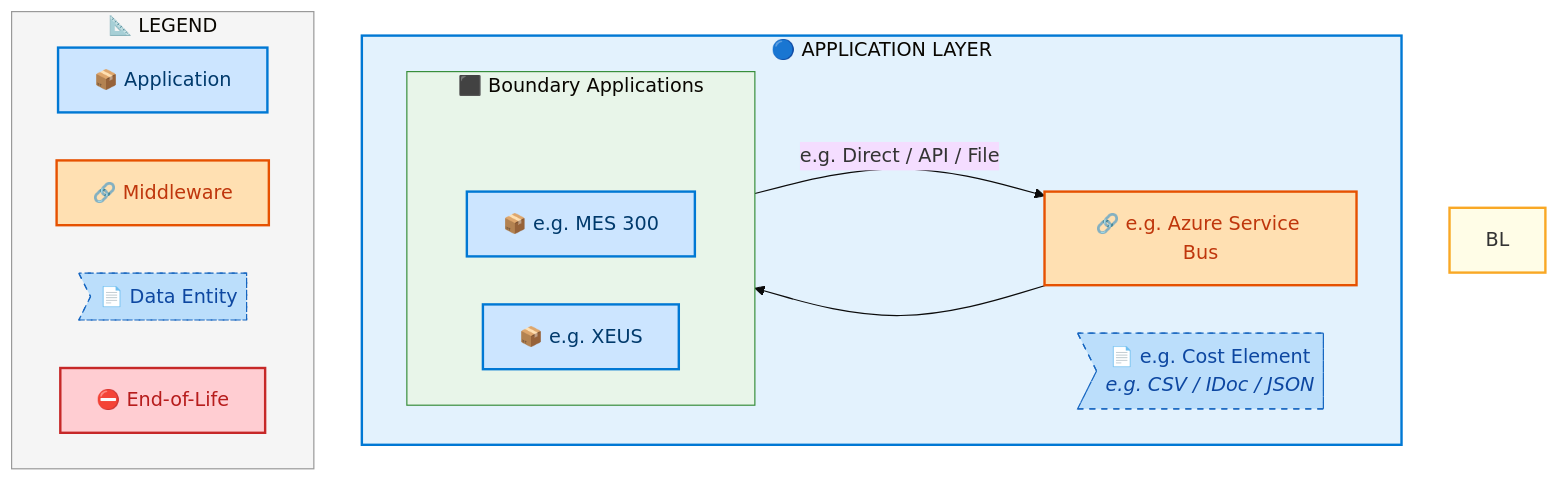
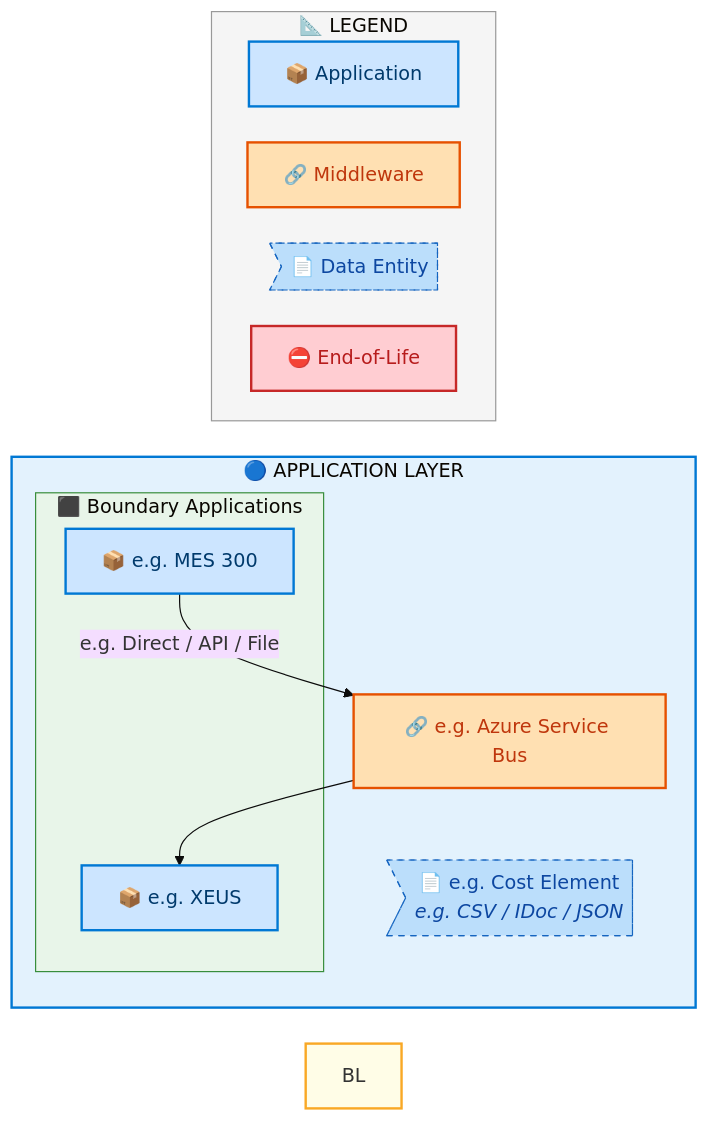
One commit to sajivfrancis777/IAO-Architecture changed the fourth of 7 diagrams in towers/E2E/Procure to Pay/E2E-61/output/docs/systems-architecture/E2E-61-Architecture.md. Above: the diagram before and after it, drawn with Mermaid. The commit also changed other lines of this file and 252 other files, not shown here.

First line of the commit message:
fix: remove Mermaid ~~~ rank chain causing syntax error in v11.14.0

````diff
--- a/towers/E2E/Procure to Pay/E2E-61/output/docs/systems-architecture/E2E-61-Architecture.md
+++ b/towers/E2E/Procure to Pay/E2E-61/output/docs/systems-architecture/E2E-61-Architecture.md
@@ -593,44 +593,40 @@
 ```mermaid
-%%{init: {"theme": "base", "securityLevel": "loose", "themeVariables": {"fontSize": "16px", "fontFamily": "Segoe UI, Arial, sans-serif"}, "flowchart": {"useMaxWidth": false, "htmlLabels": true, "nodeSpacing": 40, "rankSpacing": 50}} }%%
-flowchart TB
+%%{init: {"theme": "base", "securityLevel": "loose", "themeVariables": {"fontSize": "16px", "fontFamily": "Segoe UI, Arial, sans-serif"}, "flowchart": {"useMaxWidth": false, "htmlLabels": true, "nodeSpacing": 30, "rankSpacing": 35}} }%%
+flowchart LR
     %% -- ArchiMate 3.2 + Azure style classes --
     classDef business      fill:#FFFFB3,stroke:#F9A825,stroke-width:2px,color:#000
     classDef app           fill:#CCE5FF,stroke:#0078D4,stroke-width:2px,color:#003A6C
     classDef data          fill:#BBDEFB,stroke:#1565C0,stroke-width:1px,color:#0D47A1,stroke-dasharray: 5 5
     classDef middleware    fill:#FFE0B2,stroke:#E65100,stroke-width:2px,color:#BF360C
     classDef eol           fill:#FFCDD2,stroke:#C62828,stroke-width:2px,color:#B71C1C
     classDef saas          fill:#E1BEE7,stroke:#7B1FA2,stroke-width:2px,color:#4A148C
     classDef cloud         fill:#BBDEFB,stroke:#1565C0,stroke-width:2px,color:#0D47A1
     classDef onprem        fill:#C8E6C9,stroke:#2E7D32,stroke-width:2px,color:#1B5E20
-    classDef rankAnchor    fill:none,stroke:none,color:transparent,font-size:1px
 
     subgraph AL["🔵 APPLICATION LAYER"]
-        direction LR
         subgraph E2E61CLN_Boundary_Applications[" ⬛ Boundary Applications"]
-            direction LR
-            E2E61C_ALRANK_0[ ]:::rankAnchor
             E2E61C_e_g_MES_300["📦 e.g. MES 300"]:::app
             E2E61C_e_g_XEUS["📦 e.g. XEUS"]:::app
         end
         E2E61CMW_e_g_Azure_Service_Bus["🔗 e.g. Azure Service Bus"]:::middleware
         E2E61CDE_e_g_Cost_Element>"📄 e.g. Cost Element<br/><i>e.g. CSV / IDoc / JSON</i>"]:::data
     end
 
     E2E61C_e_g_MES_300 -->|"e.g. Direct / API / File"| E2E61CMW_e_g_Azure_Service_Bus
     E2E61CMW_e_g_Azure_Service_Bus --> E2E61C_e_g_XEUS
 
 
     style BL fill:#FFFDE7,stroke:#F9A825,stroke-width:2px
     style AL fill:#E3F2FD,stroke:#0078D4,stroke-width:2px
 
     style E2E61CLN_Boundary_Applications fill:#E8F5E9,stroke:#388E3C,stroke-width:1px
 
     subgraph Legend["📐 LEGEND"]
         direction LR
         L_APP["📦 Application"]:::app
         L_MW["🔗 Middleware"]:::middleware
         L_DE>"📄 Data Entity"]:::data
         L_EOL["⛔ End-of-Life"]:::eol
     end
     style Legend fill:#F5F5F5,stroke:#999,stroke-width:1px
 ```
````
